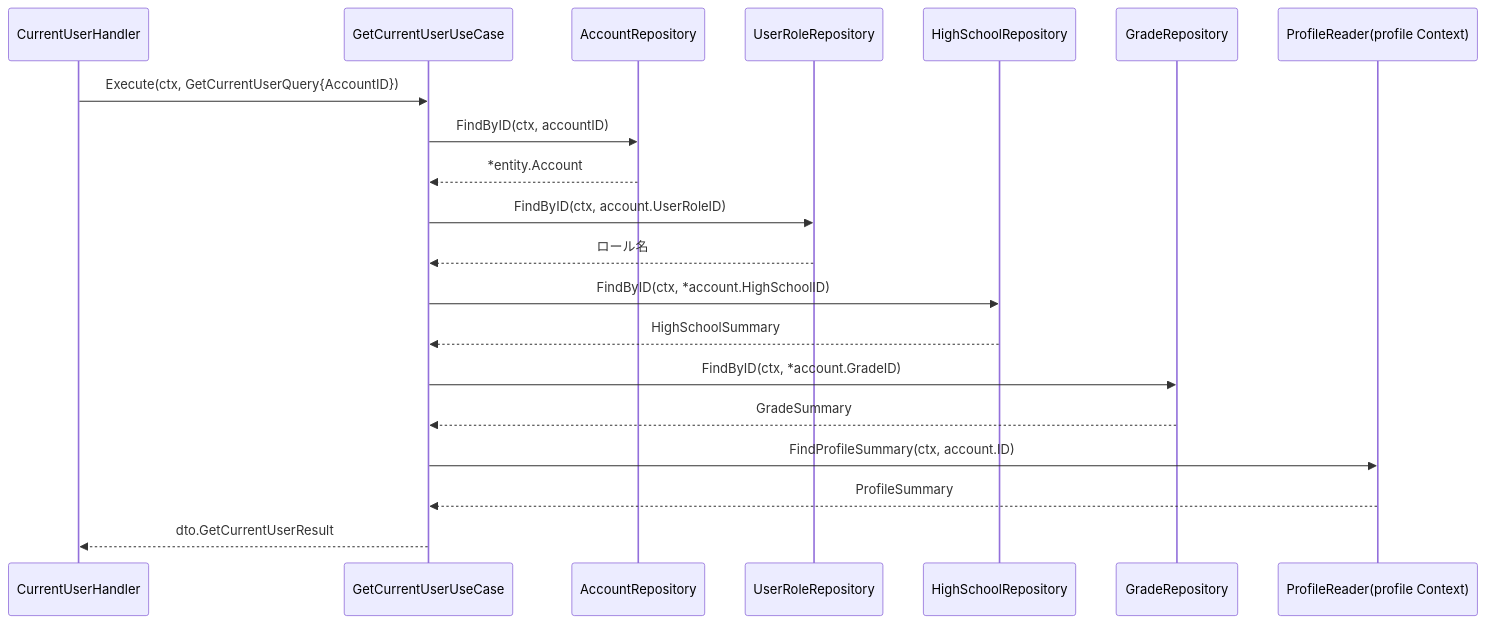
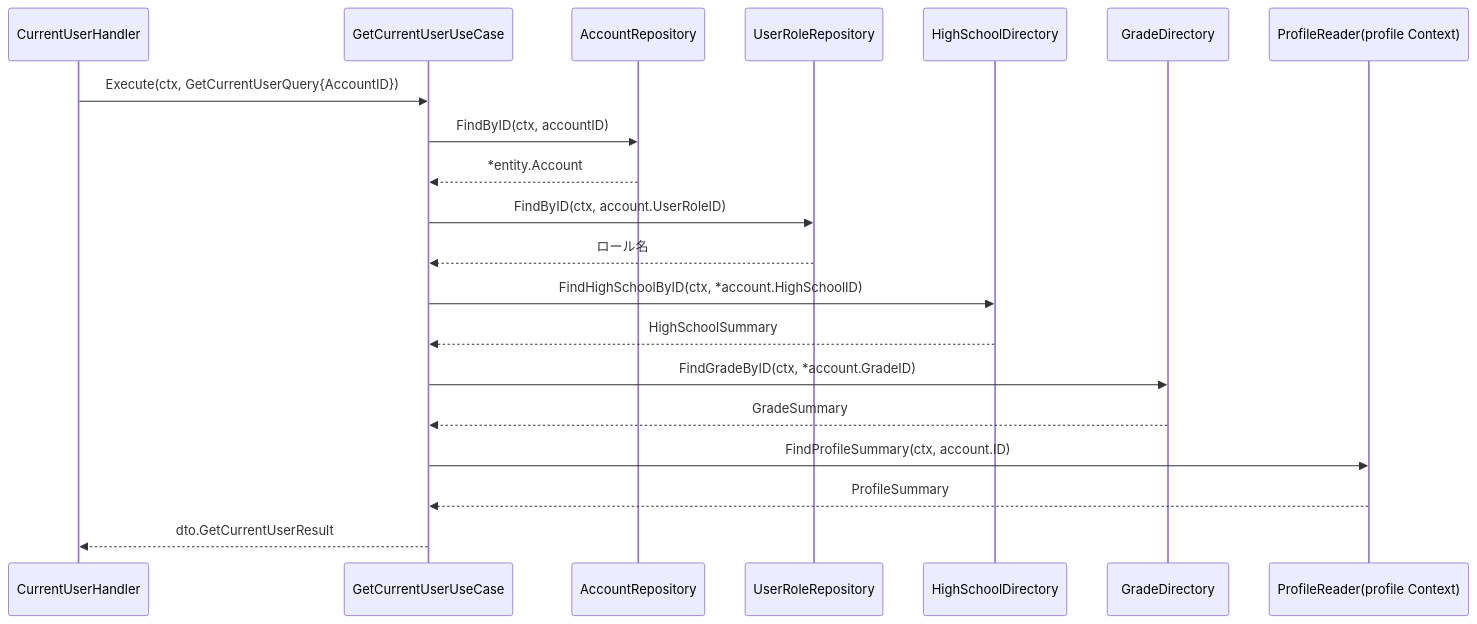
Before and after one commit to yuta20253/edu-platform-go-design: the diagram in 計画書/Go実装仕様書/認証機能_Go実装仕様書_2_セッション.md, drawn with Mermaid. The commit also changed other lines of this file and 3 other files, not shown here.

````diff
--- a/計画書/Go実装仕様書/認証機能_Go実装仕様書_2_セッション.md
+++ b/計画書/Go実装仕様書/認証機能_Go実装仕様書_2_セッション.md
@@ -175,23 +152,23 @@
 ```mermaid
 sequenceDiagram
     participant H as CurrentUserHandler
     participant UC as GetCurrentUserUseCase
     participant AR as AccountRepository
     participant URR as UserRoleRepository
-    participant HSR as HighSchoolRepository
-    participant GR as GradeRepository
+    participant HSD as HighSchoolDirectory
+    participant GD as GradeDirectory
     participant PR as ProfileReader(profile Context)
 
     H->>UC: Execute(ctx, GetCurrentUserQuery{AccountID})
     UC->>AR: FindByID(ctx, accountID)
     AR-->>UC: *entity.Account
     UC->>URR: FindByID(ctx, account.UserRoleID)
     URR-->>UC: ロール名
-    UC->>HSR: FindByID(ctx, *account.HighSchoolID)
-    HSR-->>UC: HighSchoolSummary
-    UC->>GR: FindByID(ctx, *account.GradeID)
-    GR-->>UC: GradeSummary
+    UC->>HSD: FindHighSchoolByID(ctx, *account.HighSchoolID)
+    HSD-->>UC: HighSchoolSummary
+    UC->>GD: FindGradeByID(ctx, *account.GradeID)
+    GD-->>UC: GradeSummary
     UC->>PR: FindProfileSummary(ctx, account.ID)
     PR-->>UC: ProfileSummary
     UC-->>H: dto.GetCurrentUserResult
 ```
````
